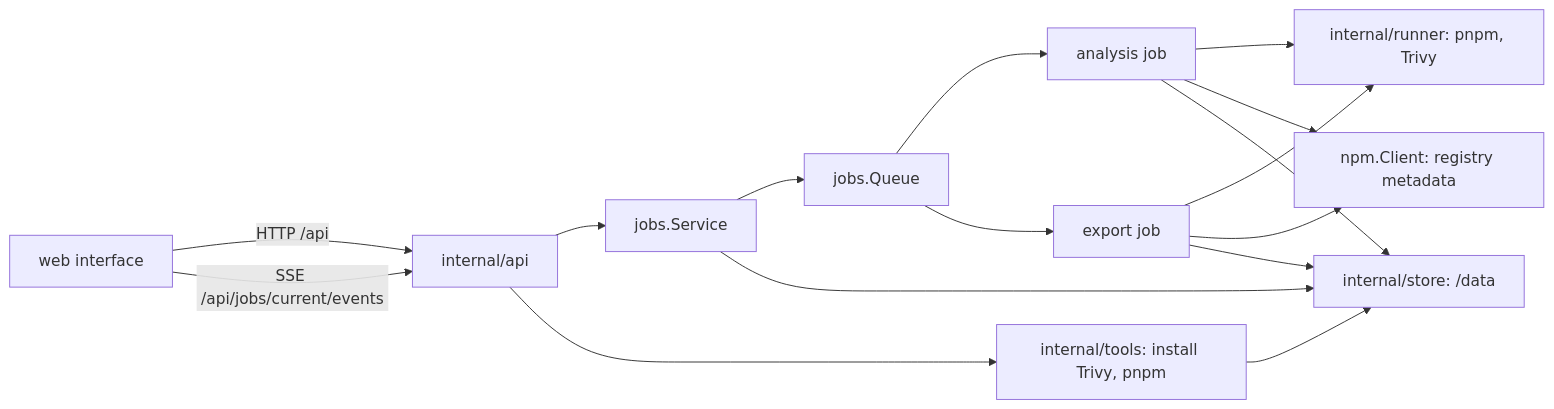
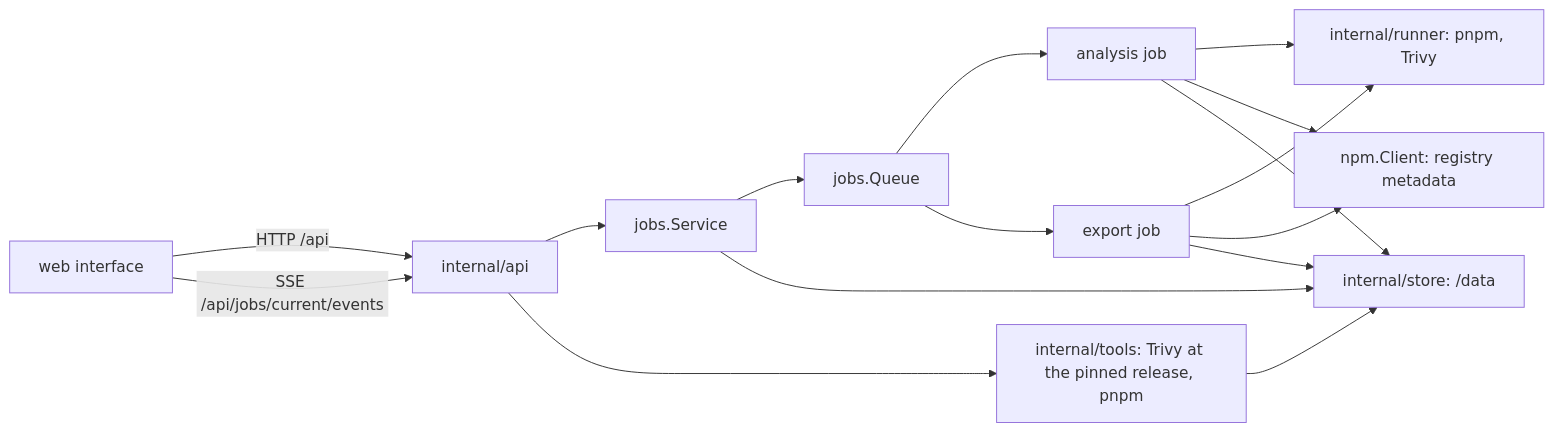
The diagram in docs/dev/architecture.md (MorganKryze/sealift), drawn with Mermaid before and after one commit. The commit also changed other lines of this file and 12 other files, not shown here.

First line of the commit message:
feat(tools): install trivy from a pinned release and digest

````diff
--- a/docs/dev/architecture.md
+++ b/docs/dev/architecture.md
@@ -9,18 +9,18 @@
 ```mermaid
 flowchart LR
   UI[web interface] -->|HTTP /api| API[internal/api]
   UI -->|SSE /api/jobs/current/events| API
   API --> Service[jobs.Service]
   Service --> Queue[jobs.Queue]
   Queue --> Analysis[analysis job]
   Queue --> Export[export job]
   Analysis --> Runner[internal/runner: pnpm, Trivy]
   Export --> Runner
   Analysis --> Registry[npm.Client: registry metadata]
   Export --> Registry
   Service --> Store[internal/store: /data]
   Analysis --> Store
   Export --> Store
-  API --> Tools[internal/tools: install Trivy, pnpm]
+  API --> Tools[internal/tools: Trivy at the pinned release, pnpm]
   Tools --> Store
 ```
````
